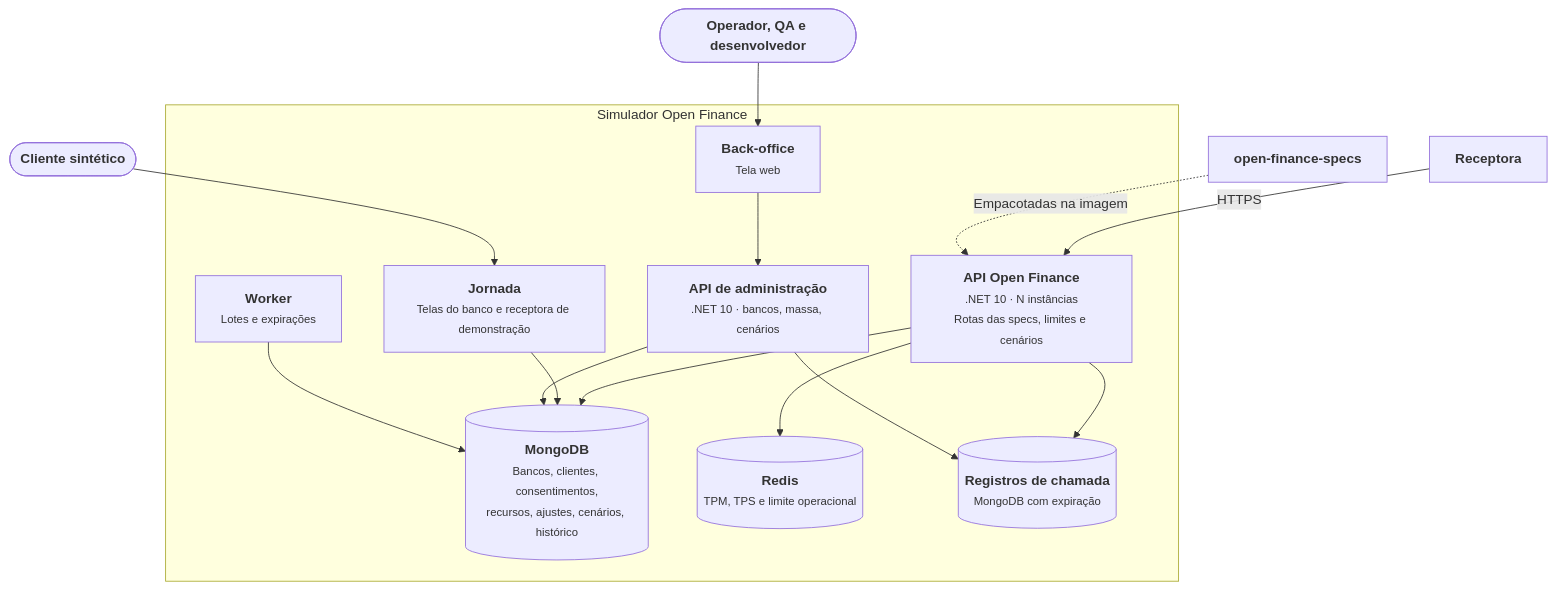
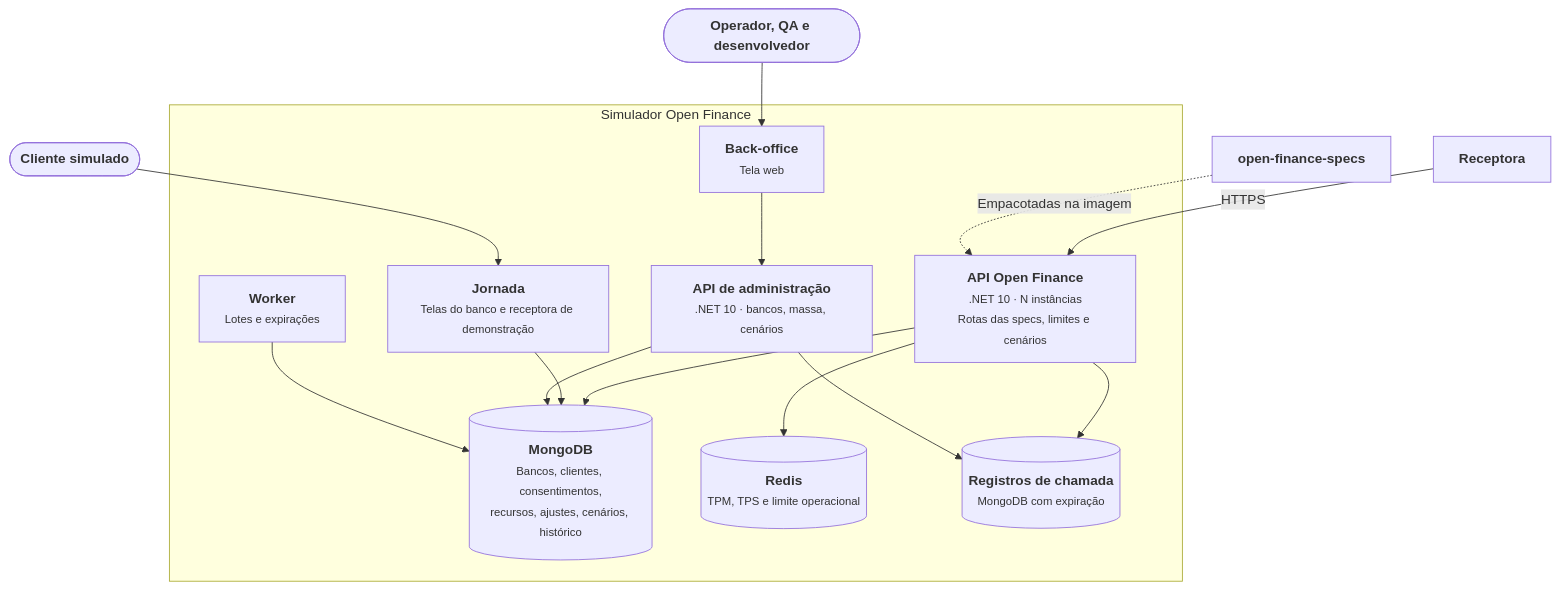
Before and after one commit to marcelosotto/open-finance-simulator: the diagram in docs/02-arquitetura/c4/C2-conteineres.md, drawn with Mermaid. The commit also changed 17 other files, not shown here.

````diff
--- a/docs/02-arquitetura/c4/C2-conteineres.md
+++ b/docs/02-arquitetura/c4/C2-conteineres.md
@@ -5,30 +5,30 @@
 ```mermaid
 flowchart TB
   rec["<b>Receptora</b>"]
   user(["<b>Operador, QA e desenvolvedor</b>"])
-  cli(["<b>Cliente sintético</b>"])
+  cli(["<b>Cliente simulado</b>"])
 
   subgraph sim["Simulador Open Finance"]
     api["<b>API Open Finance</b><br/><small>.NET 10 · N instâncias<br/>Rotas das specs, limites e cenários</small>"]
     jornada["<b>Jornada</b><br/><small>Telas do banco e receptora de demonstração</small>"]
     admin["<b>API de administração</b><br/><small>.NET 10 · bancos, massa, cenários</small>"]
     bo["<b>Back-office</b><br/><small>Tela web</small>"]
     worker["<b>Worker</b><br/><small>Lotes e expirações</small>"]
     mongo[("<b>MongoDB</b><br/><small>Bancos, clientes, consentimentos,<br/>recursos, ajustes, cenários, histórico</small>")]
     redis[("<b>Redis</b><br/><small>TPM, TPS e limite operacional</small>")]
     reg[("<b>Registros de chamada</b><br/><small>MongoDB com expiração</small>")]
   end
   specs["<b>open-finance-specs</b>"]
 
   rec -->|"HTTPS"| api
   cli --> jornada
   user --> bo --> admin
   api --> mongo
   api --> redis
   api --> reg
   jornada --> mongo
   admin --> mongo
   admin --> reg
   worker --> mongo
   specs -.->|"Empacotadas na imagem"| api
 ```
````
